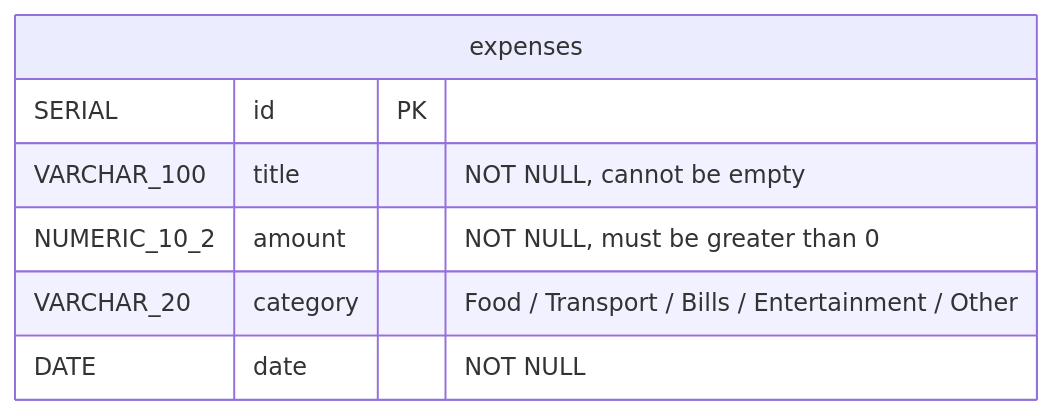
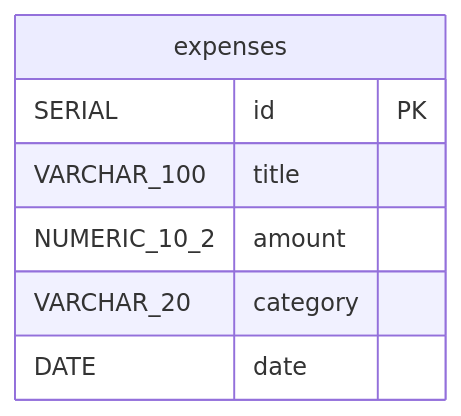
The second of 3 diagrams in README.md (Mohammadshaqboua/Expense-Tracker), drawn with Mermaid before and after one commit. The commit also changed other lines of this file, not shown here.

````diff
--- a/README.md
+++ b/README.md
@@ -68,10 +242,10 @@
 ```mermaid
 erDiagram
     expenses {
         SERIAL id PK
-        VARCHAR_100 title "NOT NULL, cannot be empty"
-        NUMERIC_10_2 amount "NOT NULL, must be greater than 0"
-        VARCHAR_20 category "Food / Transport / Bills / Entertainment / Other"
-        DATE date "NOT NULL"
+        VARCHAR_100 title
+        NUMERIC_10_2 amount
+        VARCHAR_20 category
+        DATE date
     }
 ```
````
